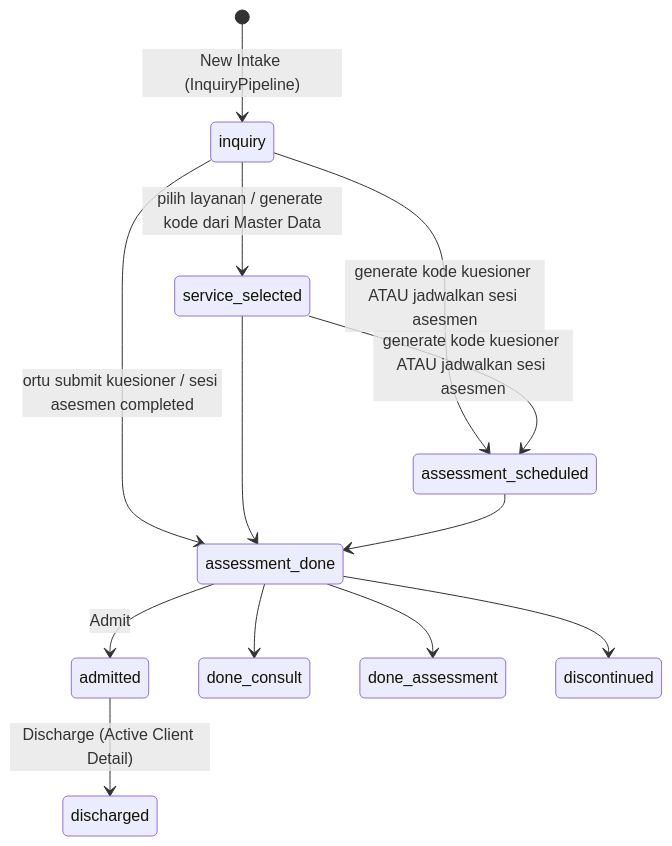
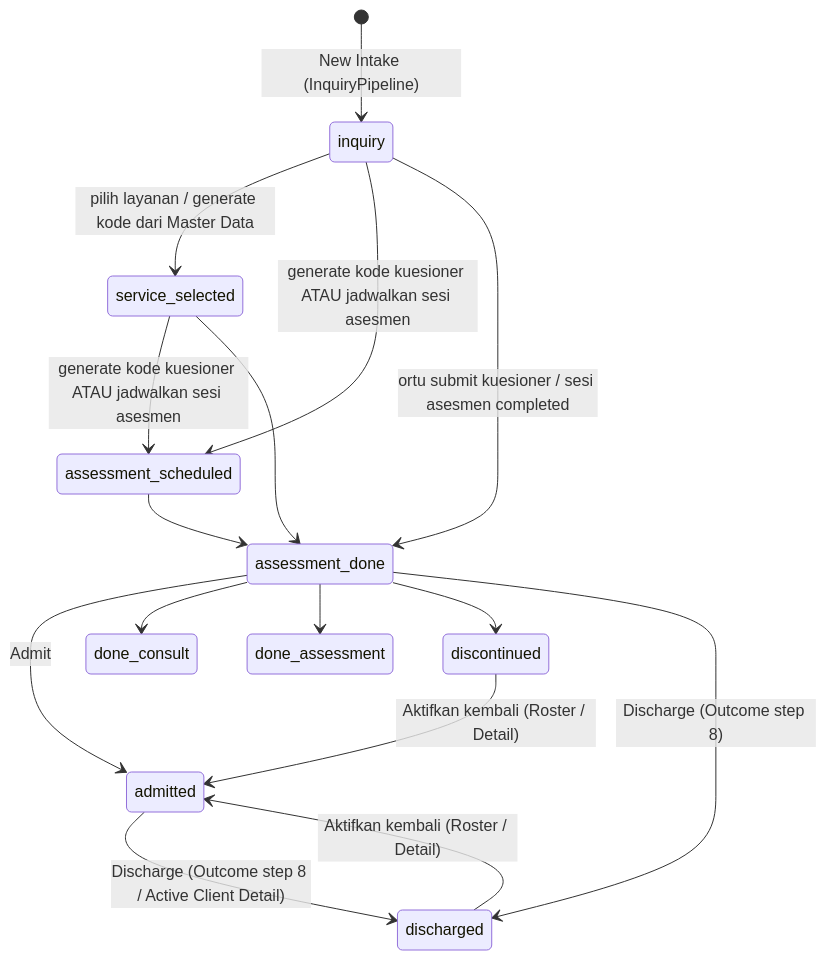
Before and after one commit to Iksan273/Therapedia: the diagram in docs/guide/04-flow-inquiry-assessment.md, drawn with Mermaid. The commit also changed other lines of this file and 130 other files, not shown here.

````diff
--- a/docs/guide/04-flow-inquiry-assessment.md
+++ b/docs/guide/04-flow-inquiry-assessment.md
@@ -9,15 +11,18 @@
 ```mermaid
 stateDiagram-v2
   [*] --> inquiry: New Intake (InquiryPipeline)
   inquiry --> service_selected: pilih layanan / generate kode dari Master Data
   inquiry --> assessment_scheduled: generate kode kuesioner ATAU jadwalkan sesi asesmen
   service_selected --> assessment_scheduled: generate kode kuesioner ATAU jadwalkan sesi asesmen
   inquiry --> assessment_done: ortu submit kuesioner / sesi asesmen completed
   service_selected --> assessment_done
   assessment_scheduled --> assessment_done
   assessment_done --> admitted: Admit
   assessment_done --> done_consult
   assessment_done --> done_assessment
   assessment_done --> discontinued
-  admitted --> discharged: Discharge (Active Client Detail)
+  admitted --> discharged: Discharge (Outcome step 8 / Active Client Detail)
+  assessment_done --> discharged: Discharge (Outcome step 8)
+  discharged --> admitted: Aktifkan kembali (Roster / Detail)
+  discontinued --> admitted: Aktifkan kembali (Roster / Detail)
 ```
````
